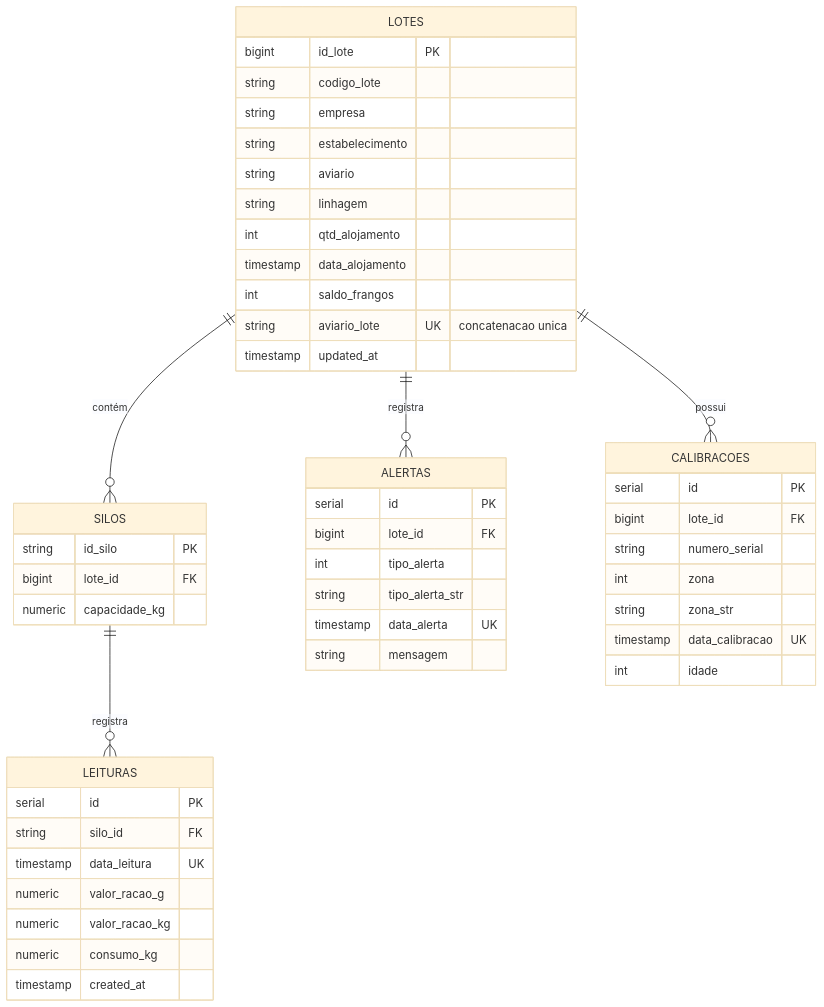
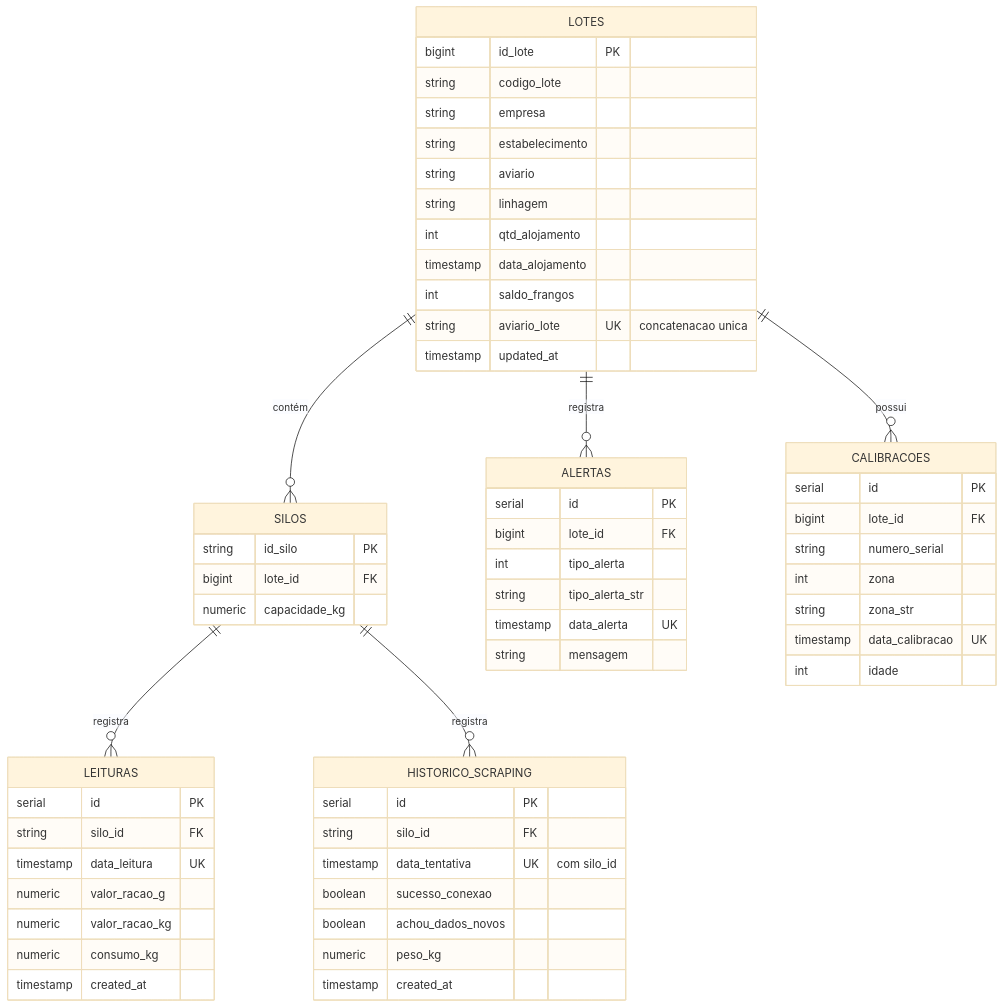
The diagram in knowledge/architecture.md (brunocorisco86/AgrisolusScraper), drawn with Mermaid (base theme) before and after one commit. The commit also changed other lines of this file and 1 other file, not shown here.

Commit message:
docs: update architecture MER, changelog, and README with SLA design and Docker cleanup

````diff
--- a/knowledge/architecture.md
+++ b/knowledge/architecture.md
@@ -37,56 +37,67 @@
 ```mermaid
 erDiagram
     LOTES ||--o{ SILOS : "contém"
     LOTES ||--o{ ALERTAS : "registra"
     LOTES ||--o{ CALIBRACOES : "possui"
     SILOS ||--o{ LEITURAS : "registra"
+    SILOS ||--o{ HISTORICO_SCRAPING : "registra"
 
     LOTES {
         bigint id_lote PK
         string codigo_lote
         string empresa
         string estabelecimento
         string aviario
         string linhagem
         int qtd_alojamento
         timestamp data_alojamento
         int saldo_frangos
         string aviario_lote UK "concatenacao unica"
         timestamp updated_at
     }
 
     SILOS {
         string id_silo PK
         bigint lote_id FK
         numeric capacidade_kg
     }
 
     LEITURAS {
         serial id PK
         string silo_id FK
         timestamp data_leitura UK
         numeric valor_racao_g
         numeric valor_racao_kg
         numeric consumo_kg
         timestamp created_at
     }
 
     ALERTAS {
         serial id PK
         bigint lote_id FK
         int tipo_alerta
         string tipo_alerta_str
         timestamp data_alerta UK
         string mensagem
     }
 
     CALIBRACOES {
         serial id PK
         bigint lote_id FK
         string numero_serial
         int zona
         string zona_str
         timestamp data_calibracao UK
         int idade
     }
+
+    HISTORICO_SCRAPING {
+        serial id PK
+        string silo_id FK
+        timestamp data_tentativa UK "com silo_id"
+        boolean sucesso_conexao
+        boolean achou_dados_novos
+        numeric peso_kg
+        timestamp created_at
+    }
 ```
````
